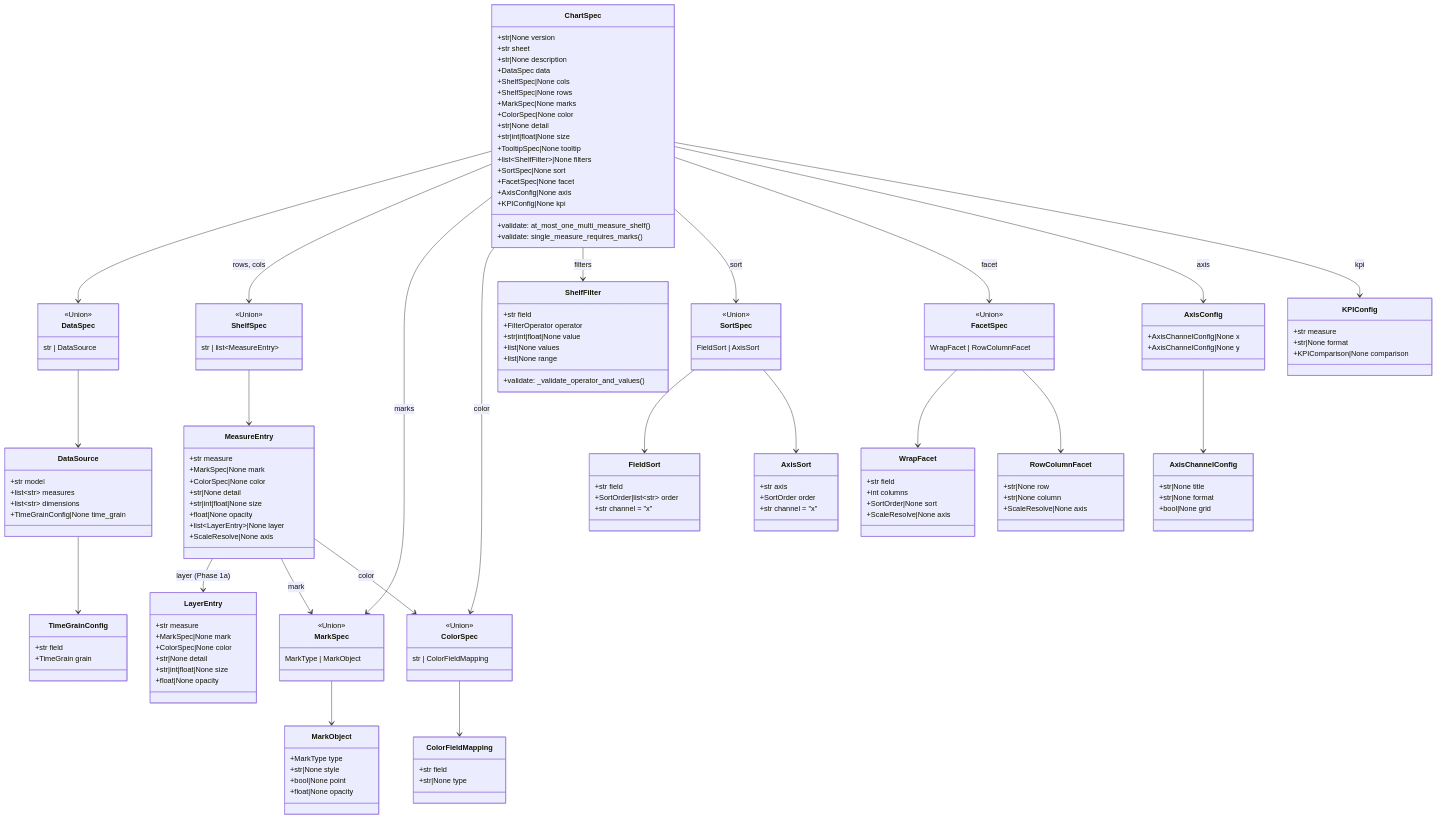
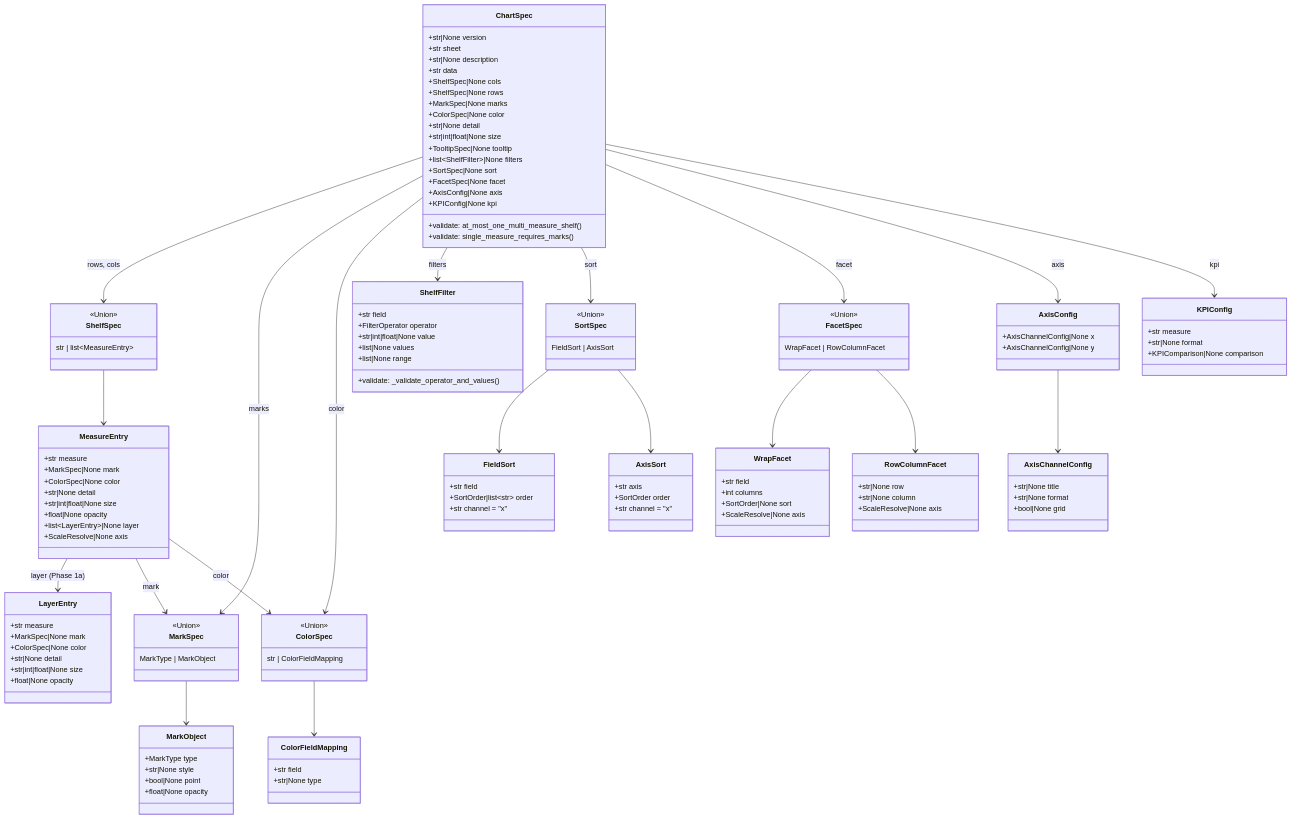
Before and after one commit to shelveshq/shelves: the second of 10 diagrams in docs/architecture-diagram.md, drawn with Mermaid. The commit also changed other lines of this file and 37 other files, not shown here.

Commit message:
feat: remove legacy DataSource Inline declaration, change tests to use model instead

```diff
--- a/docs/architecture-diagram.md
+++ b/docs/architecture-diagram.md
@@ -108,7 +107,7 @@
         +str|None version
         +str sheet
         +str|None description
-        +DataSpec data
+        +str data
         +ShelfSpec|None cols
         +ShelfSpec|None rows
         +MarkSpec|None marks
@@ -123,23 +122,6 @@
         +KPIConfig|None kpi
         +validate: at_most_one_multi_measure_shelf()
         +validate: single_measure_requires_marks()
-    }
-
-    class DataSpec {
-        <<Union>>
-        str | DataSource
-    }
-
-    class DataSource {
-        +str model
-        +list~str~ measures
-        +list~str~ dimensions
-        +TimeGrainConfig|None time_grain
-    }
-
-    class TimeGrainConfig {
-        +str field
-        +TimeGrain grain
     }
 
     class ShelfSpec {
@@ -250,7 +232,6 @@
         +KPIComparison|None comparison
     }
 
-    ChartSpec --> DataSpec
     ChartSpec --> ShelfSpec : rows, cols
     ChartSpec --> MarkSpec : marks
     ChartSpec --> ColorSpec : color
@@ -259,8 +240,6 @@
     ChartSpec --> FacetSpec : facet
     ChartSpec --> AxisConfig : axis
     ChartSpec --> KPIConfig : kpi
-    DataSpec --> DataSource
-    DataSource --> TimeGrainConfig
     ShelfSpec --> MeasureEntry
     MeasureEntry --> LayerEntry : layer (Phase 1a)
     MeasureEntry --> MarkSpec : mark
```
